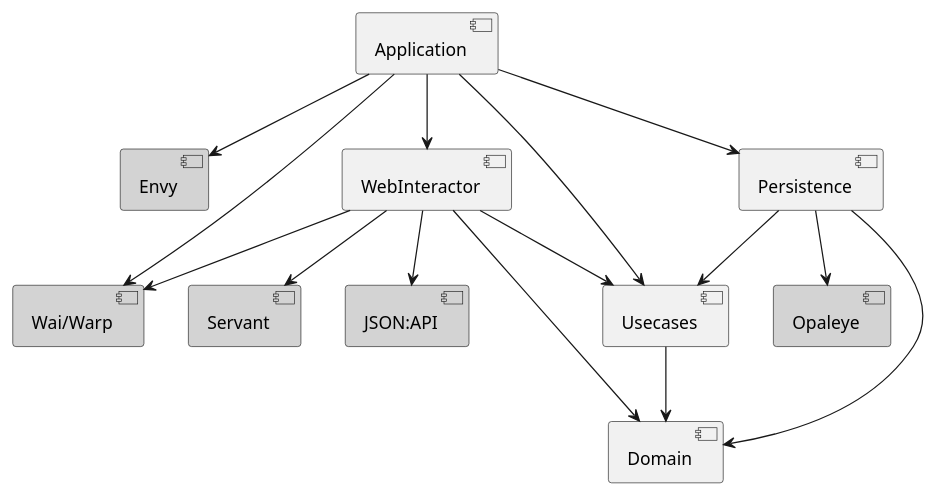
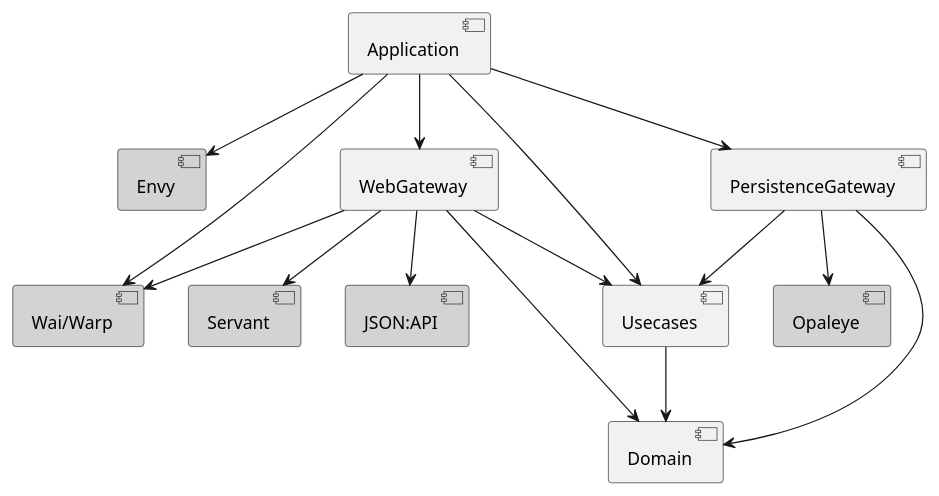
The diagram in doc/dependencies.puml (ClairBerlin/ingestair), drawn with PlantUML before and after one commit. The commit also changed 12 other files, not shown here.

First line of the commit message:
Rename for conformance with the Clean Architecture book

```diff
--- a/doc/dependencies.puml
+++ b/doc/dependencies.puml
@@ -2,30 +2,30 @@
 @startuml dependencies
 
 [Envy]#LightGrey
 [Wai/Warp]#LightGrey
 [Servant]#LightGrey
 [JSON:API]#LightGrey
 [Opaleye]#LightGrey
 
 [Application]
-[WebInteractor]
-[Persistence]
+[WebGateway]
+[PersistenceGateway]
 [Usecases]
 [Domain]
 
 [Application] --> [Envy]
 [Application] --> [Wai/Warp]
-[Application] --> [Persistence]
-[Application] --> [WebInteractor]
+[Application] --> [PersistenceGateway]
+[Application] --> [WebGateway]
 [Application] --> [Usecases]
-[WebInteractor] --> [Domain]
-[WebInteractor] --> [Usecases]
-[WebInteractor] --> [Servant]
-[WebInteractor] --> [JSON:API]
-[WebInteractor] --> [Wai/Warp]
-[Persistence] --> [Usecases]
-[Persistence] --> [Domain]
-[Persistence] --> [Opaleye]
+[WebGateway] --> [Domain]
+[WebGateway] --> [Usecases]
+[WebGateway] --> [Servant]
+[WebGateway] --> [JSON:API]
+[WebGateway] --> [Wai/Warp]
+[PersistenceGateway] --> [Usecases]
+[PersistenceGateway] --> [Domain]
+[PersistenceGateway] --> [Opaleye]
 [Usecases] --> [Domain]
 
 @enduml
```
